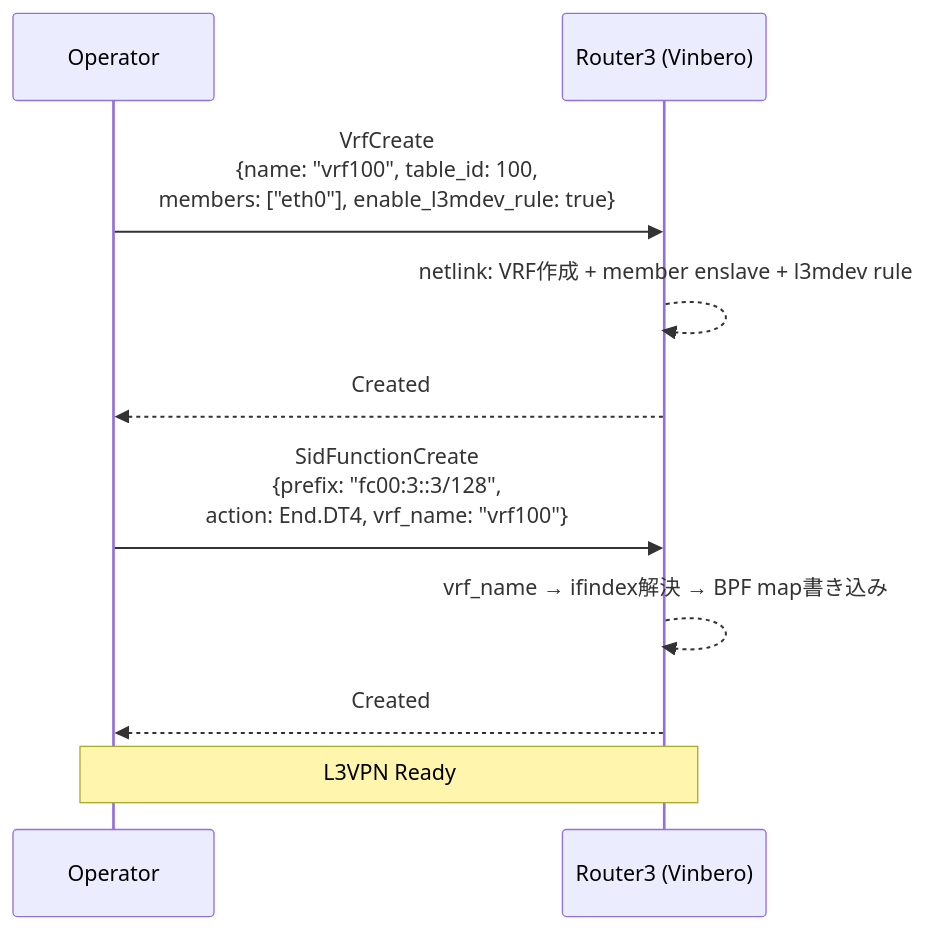
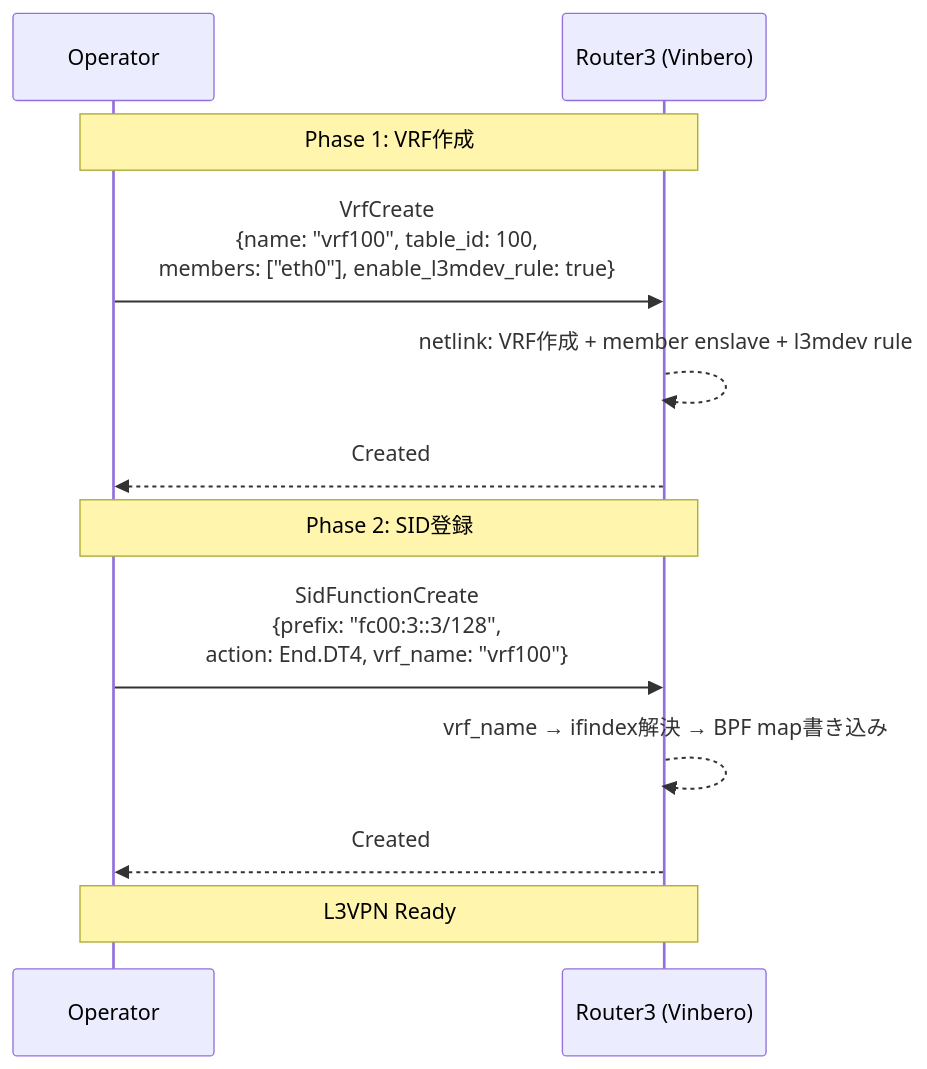
The third of 17 diagrams in docs/design/ja/api_sequence.md (takehaya/Vinbero), drawn with Mermaid before and after one commit. The commit also changed other lines of this file and 36 other files, not shown here.

````diff
--- a/docs/design/ja/api_sequence.md
+++ b/docs/design/ja/api_sequence.md
@@ -44,15 +110,19 @@
 ```mermaid
 sequenceDiagram
     participant Op as Operator
     participant R3 as Router3 (Vinbero)
 
+    Note over Op,R3: Phase 1: VRF作成
+
     Op->>R3: VrfCreate<br/>{name: "vrf100", table_id: 100,<br/>members: ["eth0"], enable_l3mdev_rule: true}
     R3-->>R3: netlink: VRF作成 + member enslave + l3mdev rule
     R3-->>Op: Created
+
+    Note over Op,R3: Phase 2: SID登録
 
     Op->>R3: SidFunctionCreate<br/>{prefix: "fc00:3::3/128",<br/>action: End.DT4, vrf_name: "vrf100"}
     R3-->>R3: vrf_name → ifindex解決 → BPF map書き込み
     R3-->>Op: Created
 
     Note over Op,R3: L3VPN Ready
 ```
````
